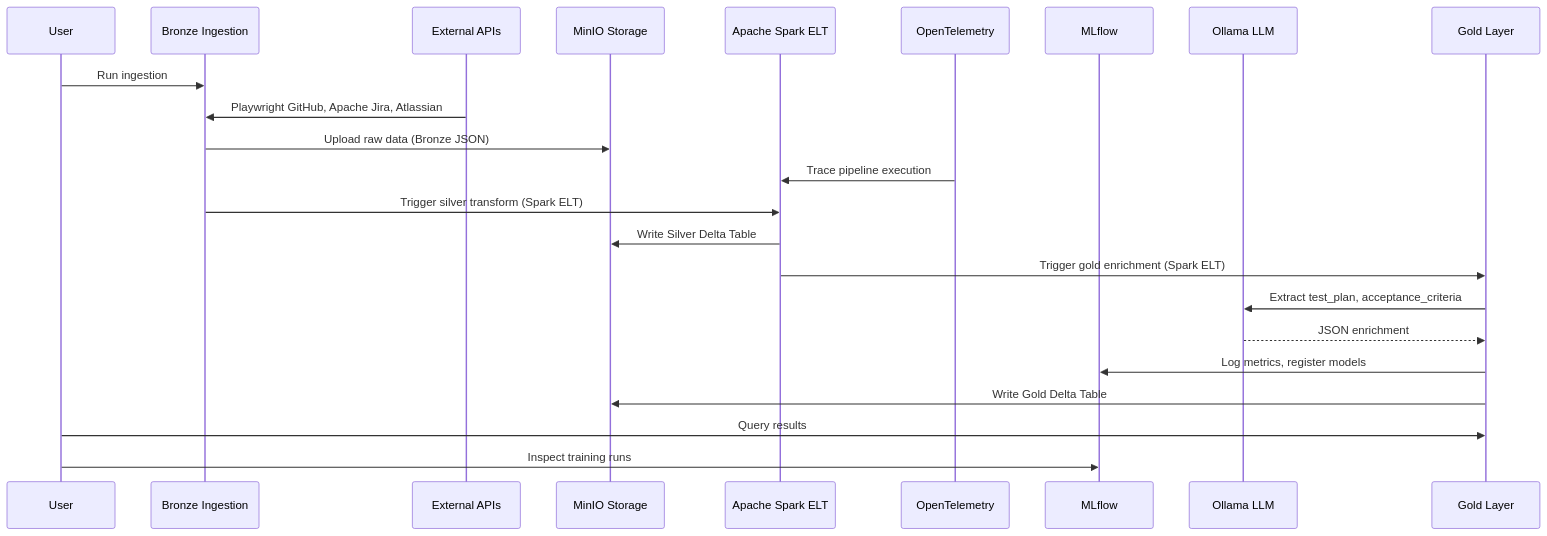
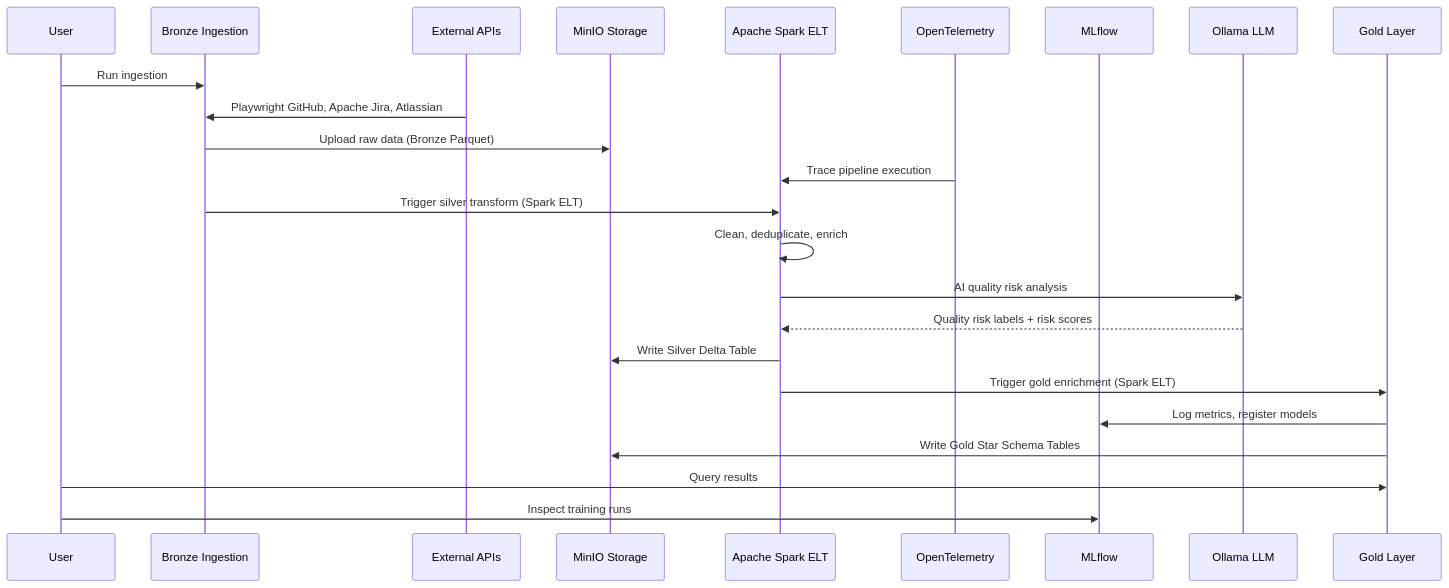
The fourth of 7 diagrams in README.md (BugMentor/sdet-agent), drawn with Mermaid before and after one commit. The commit also changed other lines of this file and 4 other files, not shown here.

First line of the commit message:
Cleanup: remove GeoJSON artifacts, rename hazard→quality_risk, fix infra configs

````diff
--- a/README.md
+++ b/README.md
@@ -259,31 +310,32 @@
 ```mermaid
 sequenceDiagram
     participant User
     participant Bronze as Bronze Ingestion
     participant Sources as External APIs
     participant MinIO as MinIO Storage
     participant Spark as Apache Spark ELT
     participant OTel as OpenTelemetry
     participant MLflow as MLflow
     participant Ollama as Ollama LLM
     participant Gold as Gold Layer
-    
+
     User->>Bronze: Run ingestion
     Sources->>Bronze: Playwright GitHub, Apache Jira, Atlassian
-    Bronze->>MinIO: Upload raw data (Bronze JSON)
-    
+    Bronze->>MinIO: Upload raw data (Bronze Parquet)
+
     OTel->>Spark: Trace pipeline execution
-    
+
     Bronze->>Spark: Trigger silver transform (Spark ELT)
+    Spark->>Spark: Clean, deduplicate, enrich
+    Spark->>Ollama: AI quality risk analysis
+    Ollama-->>Spark: Quality risk labels + risk scores
     Spark->>MinIO: Write Silver Delta Table
-    
+
     Spark->>Gold: Trigger gold enrichment (Spark ELT)
-    Gold->>Ollama: Extract test_plan, acceptance_criteria
-    Ollama-->>Gold: JSON enrichment
     Gold->>MLflow: Log metrics, register models
-    Gold->>MinIO: Write Gold Delta Table
-    
+    Gold->>MinIO: Write Gold Star Schema Tables
+
     User->>Gold: Query results
     User->>MLflow: Inspect training runs
 
 ```
````
